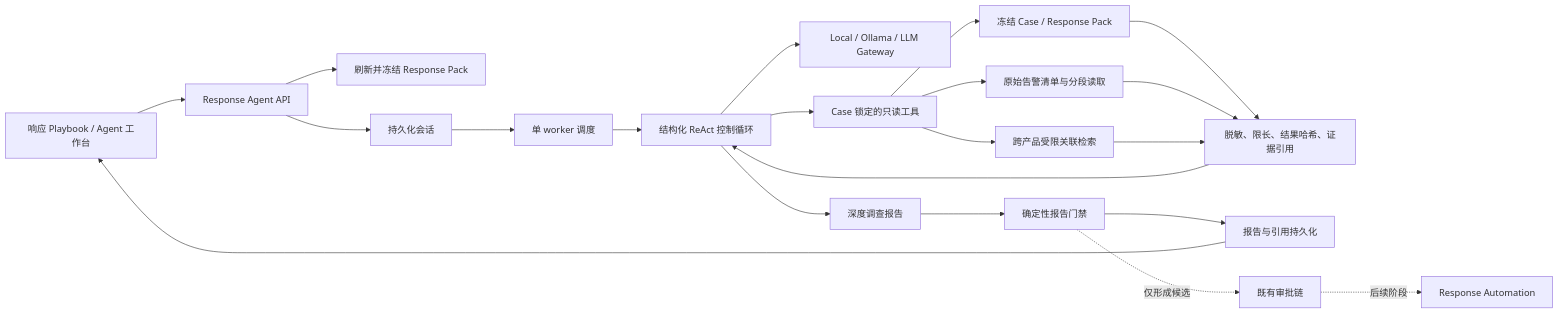
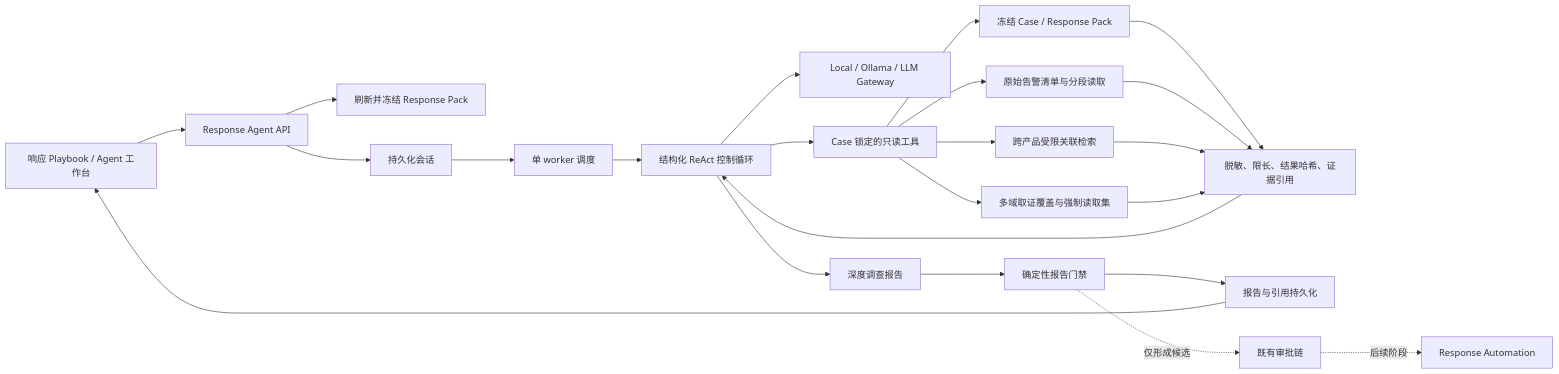
The first of 2 diagrams in docs/RESPONSE_AGENT.md (leo022/defensive-ai-gateway), drawn with Mermaid before and after one commit. The commit also changed other lines of this file and 5 other files, not shown here.

````diff
--- a/docs/RESPONSE_AGENT.md
+++ b/docs/RESPONSE_AGENT.md
@@ -62,24 +75,26 @@
 ```mermaid
 flowchart LR
     UI["响应 Playbook / Agent 工作台"] --> API["Response Agent API"]
     API --> PACK["刷新并冻结 Response Pack"]
     API --> SESSION["持久化会话"]
     SESSION --> WORKER["单 worker 调度"]
     WORKER --> LOOP["结构化 ReAct 控制循环"]
     LOOP --> MODEL["Local / Ollama / LLM Gateway"]
     LOOP --> TOOLS["Case 锁定的只读工具"]
     TOOLS --> SNAPSHOT["冻结 Case / Response Pack"]
     TOOLS --> RAW["原始告警清单与分段读取"]
     TOOLS --> CORR["跨产品受限关联检索"]
+    TOOLS --> FORENSICS["多域取证覆盖与强制读取集"]
     SNAPSHOT --> OBS["脱敏、限长、结果哈希、证据引用"]
     RAW --> OBS
     CORR --> OBS
+    FORENSICS --> OBS
     OBS --> LOOP
     LOOP --> REPORT["深度调查报告"]
     REPORT --> GATE["确定性报告门禁"]
     GATE --> DB["报告与引用持久化"]
     DB --> UI
 
     GATE -. "仅形成候选" .-> APPROVAL["既有审批链"]
     APPROVAL -. "后续阶段" .-> AUTOMATION["Response Automation"]
 ```
````
